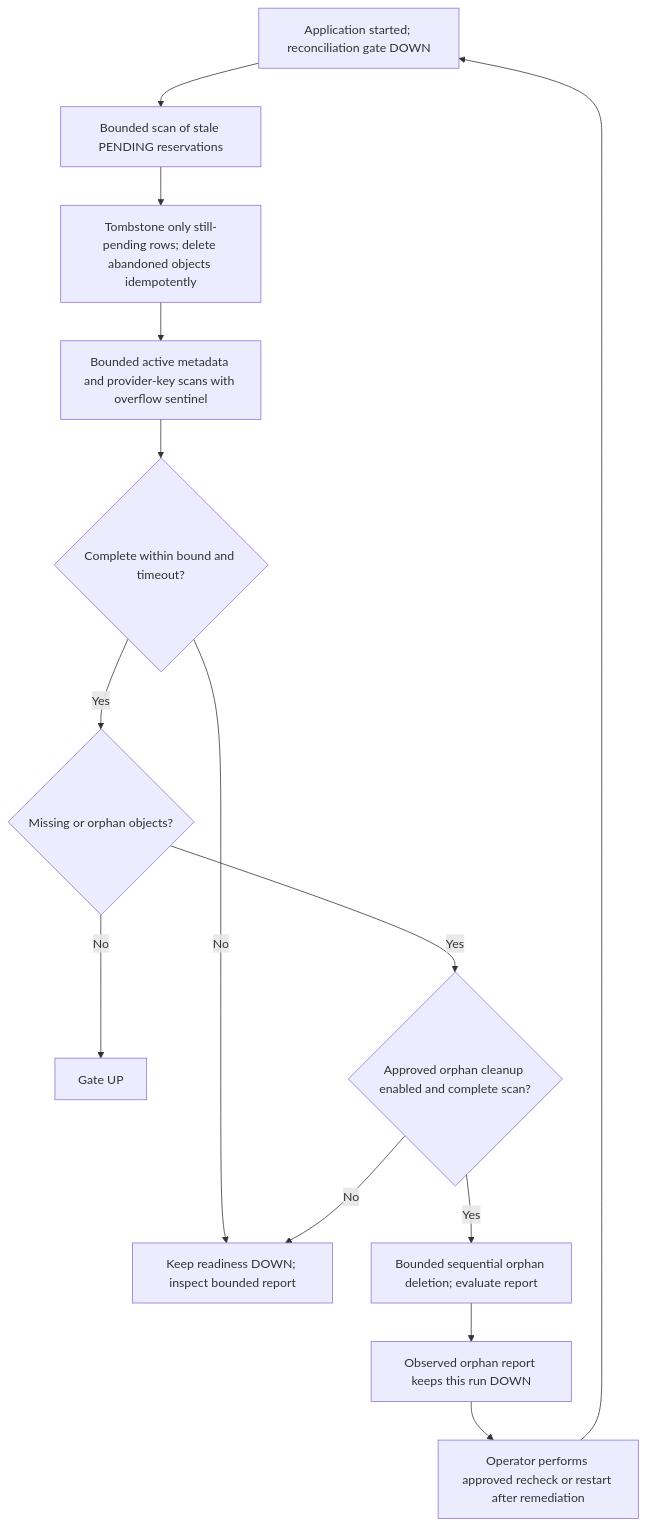
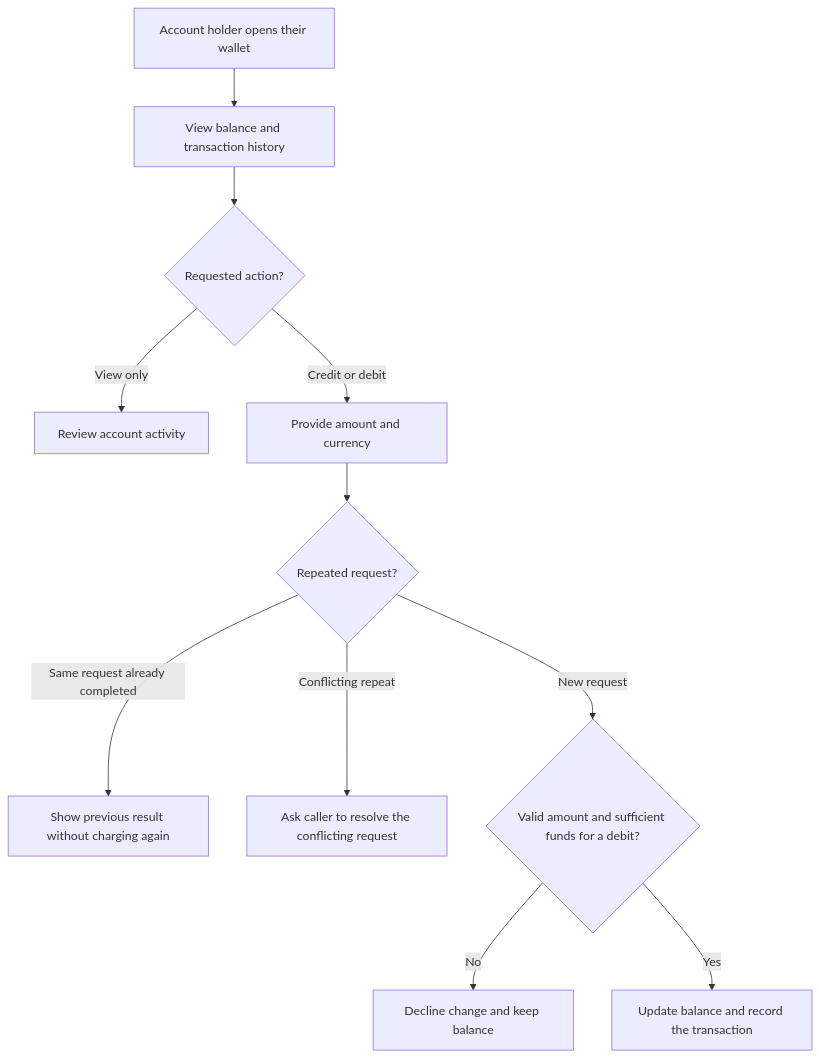
One commit to younessFathi/auto-parto changed the seventh of 12 diagrams in docs/workflows.md. Above: the diagram before and after it, drawn with Mermaid. The commit also changed other lines of this file and 2 other files, not shown here.

````diff
--- a/docs/workflows.md
+++ b/docs/workflows.md
@@ -361,16 +152,13 @@
 ```mermaid
 flowchart TD
-    START["Application started; reconciliation gate DOWN"] --> STALE["Bounded scan of stale PENDING reservations"]
-    STALE --> GUARD["Tombstone only still-pending rows; delete abandoned objects idempotently"]
-    GUARD --> SCAN["Bounded active metadata and provider-key scans with overflow sentinel"]
-    SCAN --> FULL{"Complete within bound and timeout?"}
-    FULL -->|No| DOWN["Keep readiness DOWN; inspect bounded report"]
-    FULL -->|Yes| DRIFT{"Missing or orphan objects?"}
-    DRIFT -->|No| UP["Gate UP"]
-    DRIFT -->|Yes| POLICY{"Approved orphan cleanup enabled and complete scan?"}
-    POLICY -->|Yes| DELETE["Bounded sequential orphan deletion; evaluate report"]
-    POLICY -->|No| DOWN
-    DELETE --> REPORT["Observed orphan report keeps this run DOWN"]
-    REPORT --> OPERATOR["Operator performs approved recheck or restart after remediation"]
-    OPERATOR --> START
+    A["Account holder opens their wallet"] --> B["View balance and transaction history"]
+    B --> C{"Requested action?"}
+    C -->|View only| D["Review account activity"]
+    C -->|Credit or debit| E["Provide amount and currency"]
+    E --> F{"Repeated request?"}
+    F -->|Same request already completed| G["Show previous result without charging again"]
+    F -->|Conflicting repeat| H["Ask caller to resolve the conflicting request"]
+    F -->|New request| I{"Valid amount and sufficient funds for a debit?"}
+    I -->|No| J["Decline change and keep balance"]
+    I -->|Yes| K["Update balance and record the transaction"]
 ```
````
